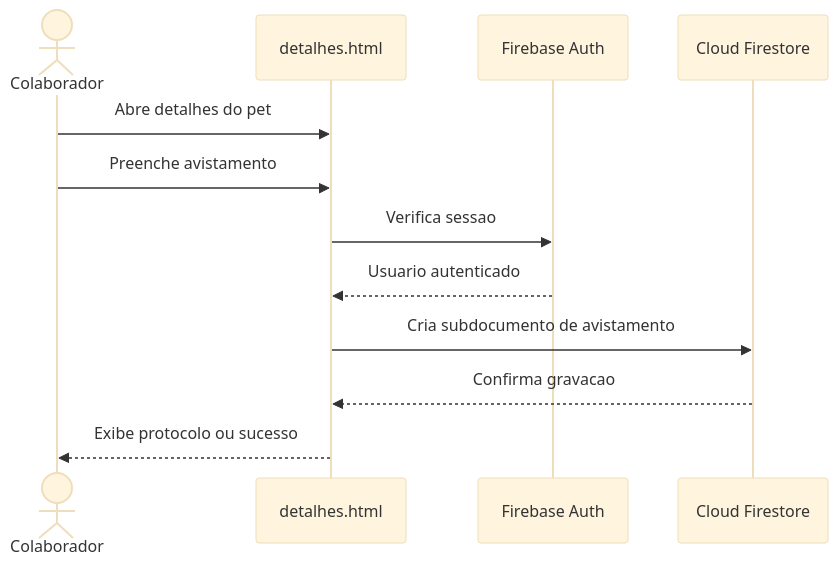
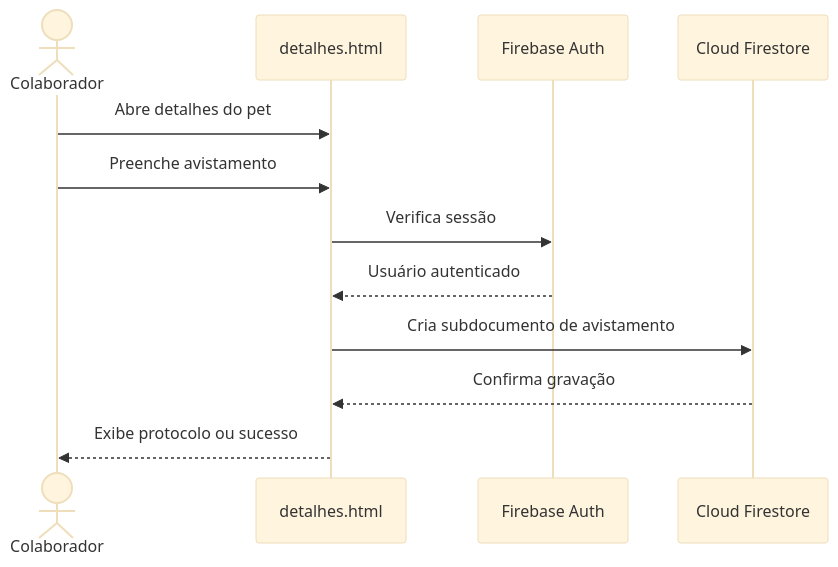
The sixth of 16 diagrams in docs/modelagem-site.md (Reminsonrps/PetConecta), drawn with Mermaid (base theme) before and after one commit. The commit also changed other lines of this file and 3 other files, not shown here.

````diff
--- a/docs/modelagem-site.md
+++ b/docs/modelagem-site.md
@@ -390,15 +390,15 @@
 ```mermaid
 sequenceDiagram
     actor Colaborador
     participant Tela as detalhes.html
     participant Auth as Firebase Auth
     participant Firestore as Cloud Firestore
 
     Colaborador->>Tela: Abre detalhes do pet
     Colaborador->>Tela: Preenche avistamento
-    Tela->>Auth: Verifica sessao
-    Auth-->>Tela: Usuario autenticado
+    Tela->>Auth: Verifica sessão
+    Auth-->>Tela: Usuário autenticado
     Tela->>Firestore: Cria subdocumento de avistamento
-    Firestore-->>Tela: Confirma gravacao
+    Firestore-->>Tela: Confirma gravação
     Tela-->>Colaborador: Exibe protocolo ou sucesso
 ```
````
